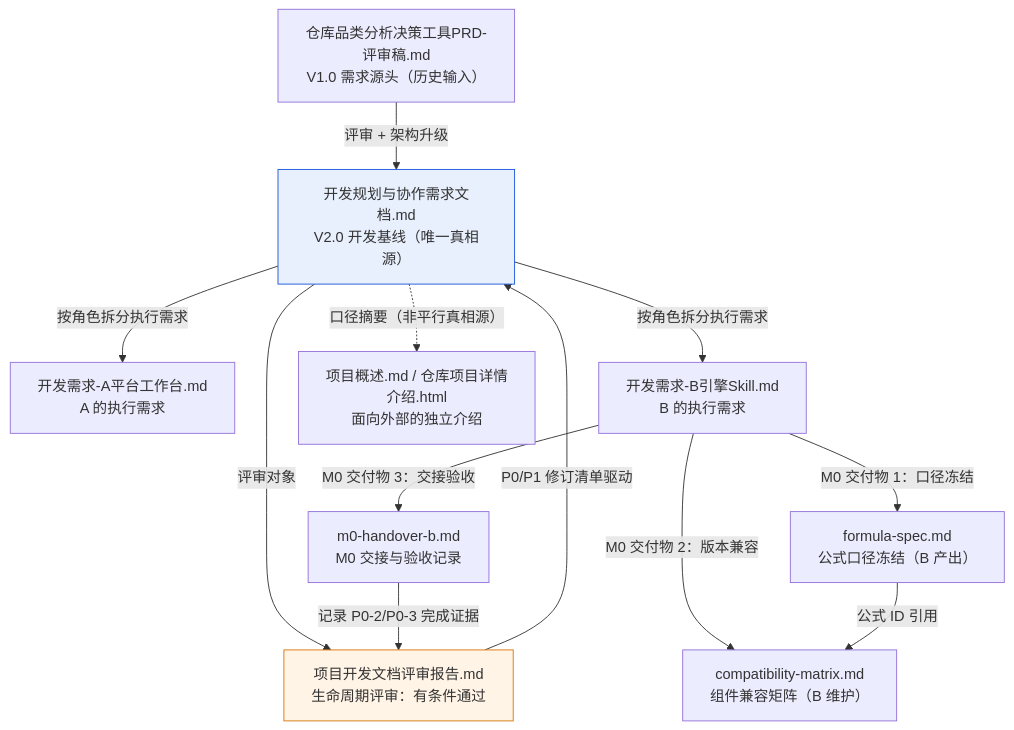
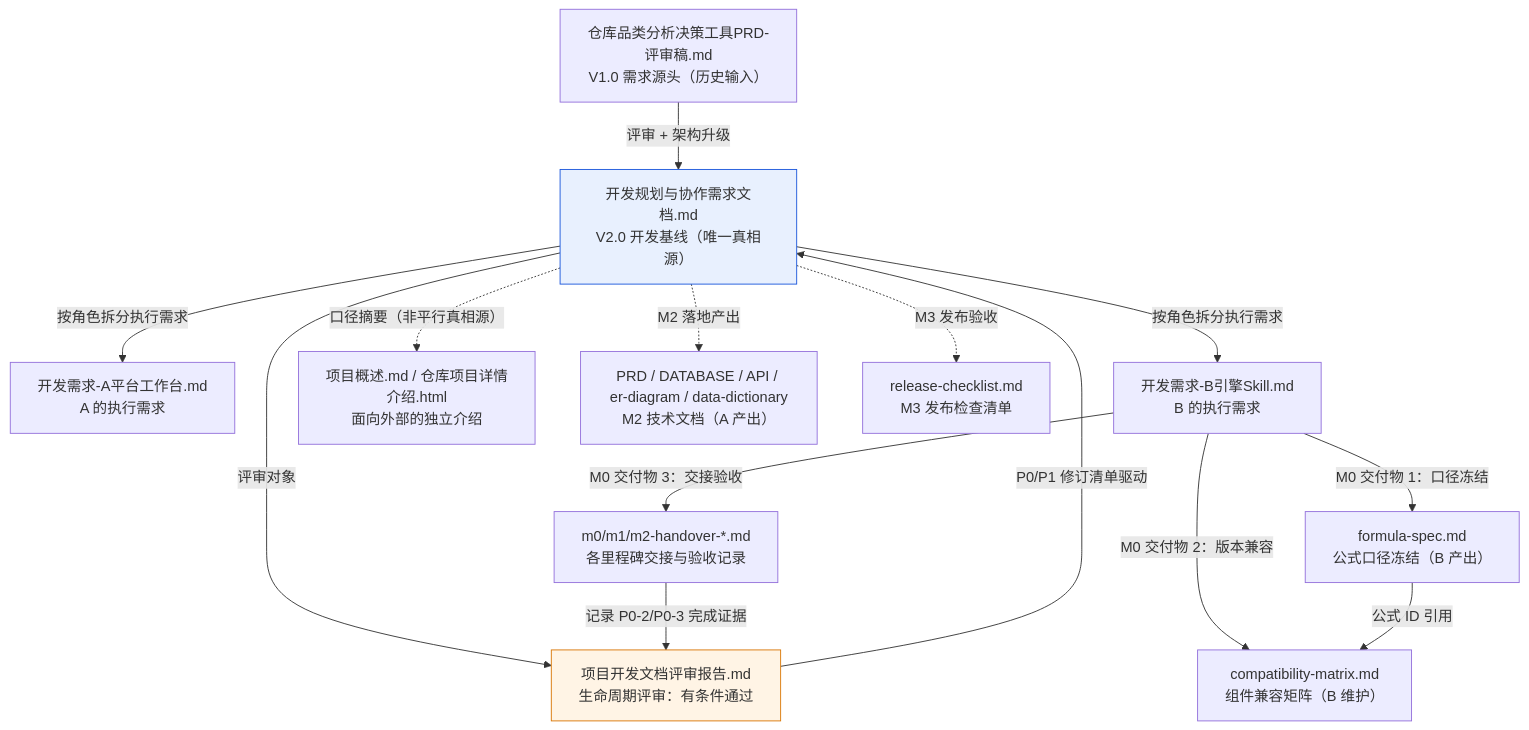
Before and after one commit to nihcya/warehouseAnalysis: the third of 3 diagrams in README.md, drawn with Mermaid. The commit also changed other lines of this file, not shown here.

````diff
--- a/README.md
+++ b/README.md
@@ -168,27 +177,31 @@
 ```mermaid
 flowchart TB
     PRD["仓库品类分析决策工具PRD-评审稿.md<br/>V1.0 需求源头（历史输入）"]
     BASE["开发规划与协作需求文档.md<br/>V2.0 开发基线（唯一真相源）"]
     REVIEW["项目开发文档评审报告.md<br/>生命周期评审：有条件通过"]
     A["开发需求-A平台工作台.md<br/>A 的执行需求"]
     B["开发需求-B引擎Skill.md<br/>B 的执行需求"]
     OVERVIEW["项目概述.md / 仓库项目详情介绍.html<br/>面向外部的独立介绍"]
     FORMULA["formula-spec.md<br/>公式口径冻结（B 产出）"]
     MATRIX["compatibility-matrix.md<br/>组件兼容矩阵（B 维护）"]
-    HANDOVER["m0-handover-b.md<br/>M0 交接与验收记录"]
+    HANDOVER["m0/m1/m2-handover-*.md<br/>各里程碑交接与验收记录"]
+    TECHDOCS["PRD / DATABASE / API / er-diagram / data-dictionary<br/>M2 技术文档（A 产出）"]
+    RELEASE["release-checklist.md<br/>M3 发布检查清单"]
 
     PRD -->|"评审 + 架构升级"| BASE
     BASE -->|"评审对象"| REVIEW
     REVIEW -->|"P0/P1 修订清单驱动"| BASE
     BASE -->|"按角色拆分执行需求"| A
     BASE -->|"按角色拆分执行需求"| B
     BASE -.->|"口径摘要（非平行真相源）"| OVERVIEW
     B -->|"M0 交付物 1：口径冻结"| FORMULA
     B -->|"M0 交付物 2：版本兼容"| MATRIX
     B -->|"M0 交付物 3：交接验收"| HANDOVER
     FORMULA -->|"公式 ID 引用"| MATRIX
     HANDOVER -->|"记录 P0-2/P0-3 完成证据"| REVIEW
+    BASE -.->|"M2 落地产出"| TECHDOCS
+    BASE -.->|"M3 发布验收"| RELEASE
 
     style BASE fill:#e8f0fe,stroke:#1a56db
     style REVIEW fill:#fff4e5,stroke:#d97706
 ```
````
